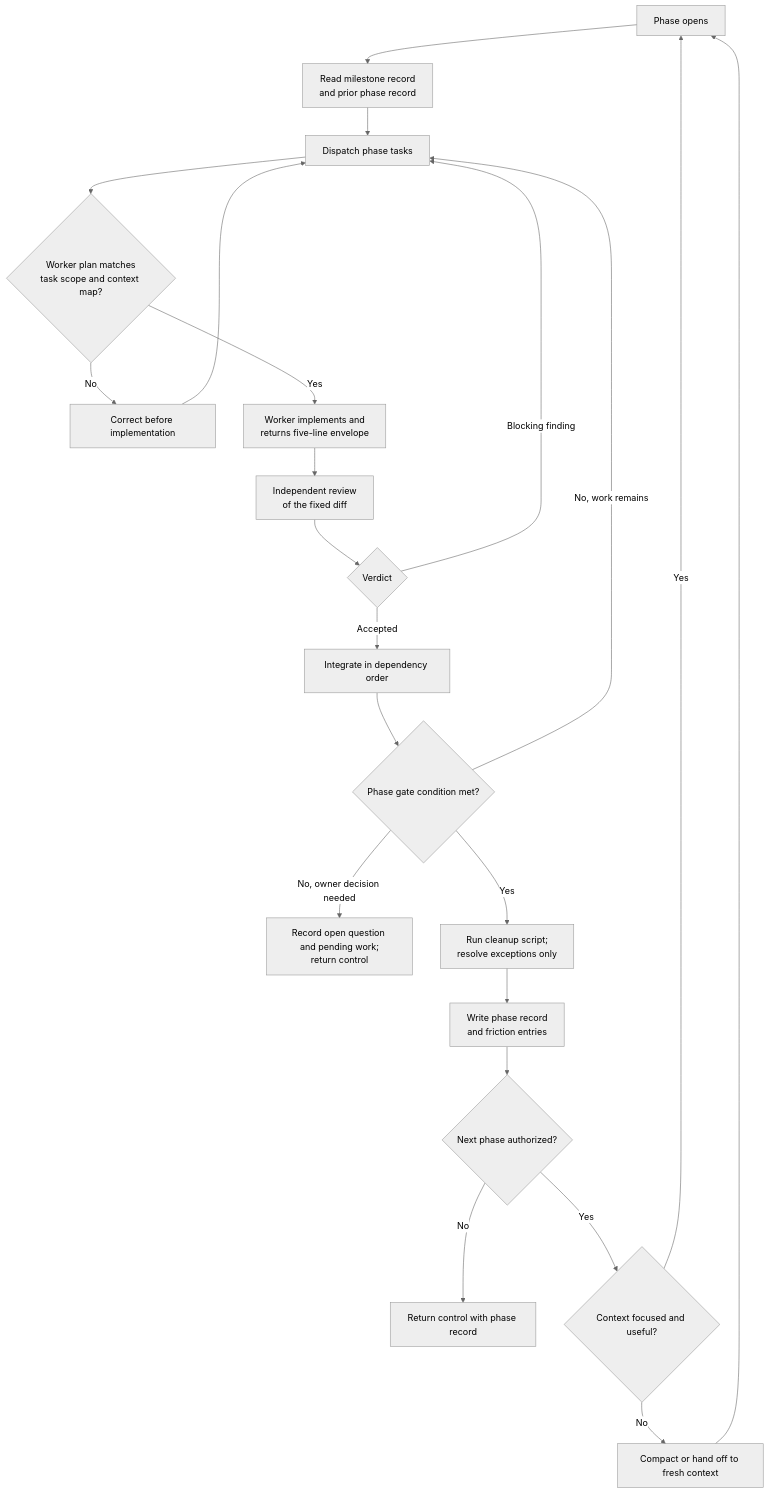
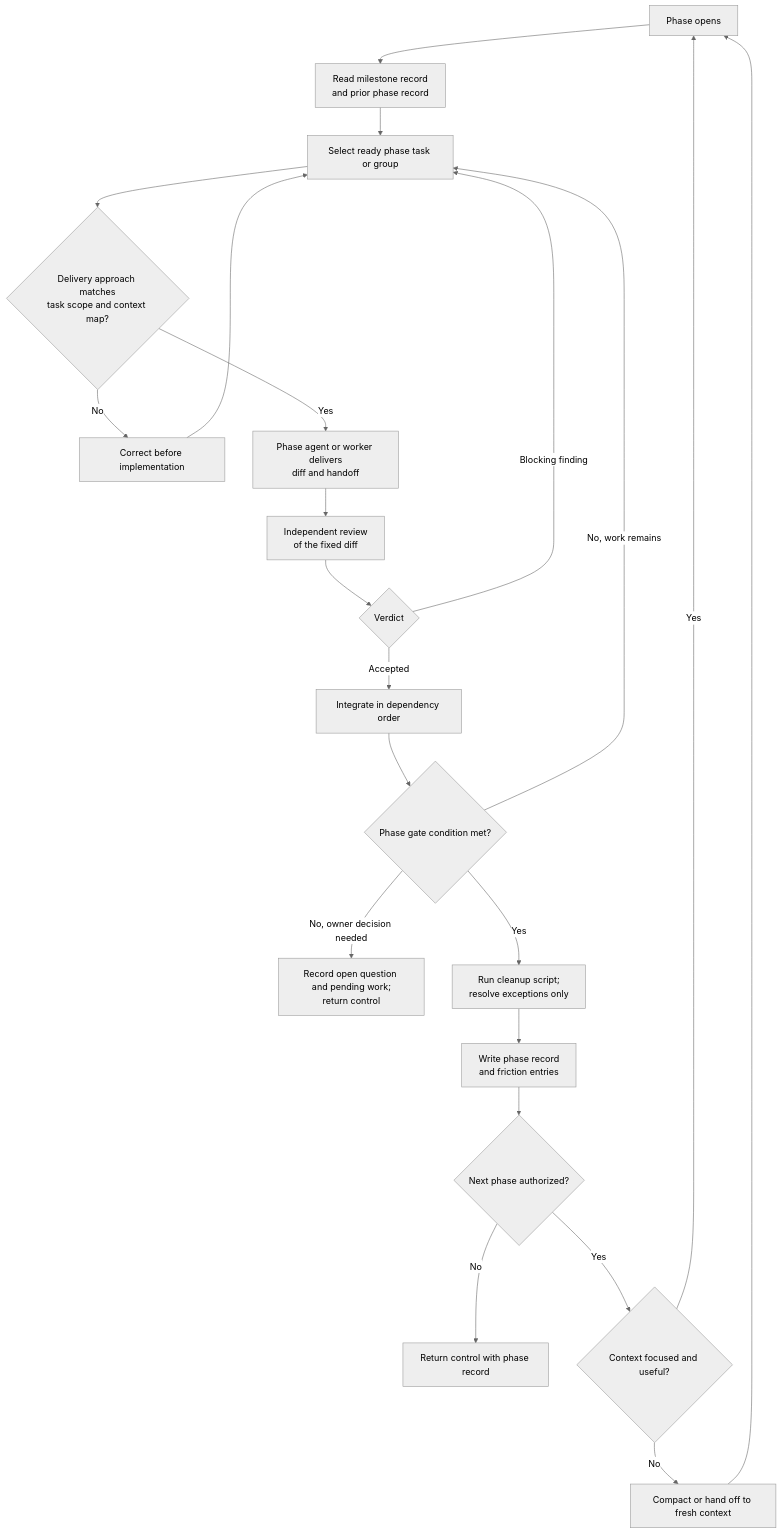
One commit to SwitchOCE/Switchflow changed the second of 3 diagrams in template/backlog/docs/doc-06 - Workflow-diagrams.md. Above: the diagram before and after it, drawn with Mermaid (neutral theme). The commit also changed other lines of this file and 13 other files, not shown here.

Commit message:
Refine phase delivery and validation guidance

````diff
--- a/template/backlog/docs/doc-06 - Workflow-diagrams.md
+++ b/template/backlog/docs/doc-06 - Workflow-diagrams.md
@@ -49,24 +49,24 @@
 ```mermaid
 flowchart TD
     S[Phase opens] --> R1[Read milestone record<br/>and prior phase record]
-    R1 --> DP[Dispatch phase tasks]
-    DP --> CK{Worker plan matches<br/>task scope and context map?}
+    R1 --> DP[Select ready phase task or group]
+    DP --> CK{Delivery approach matches<br/>task scope and context map?}
     CK -- No --> CR[Correct before implementation]
     CR --> DP
-    CK -- Yes --> IM[Worker implements and<br/>returns five-line envelope]
+    CK -- Yes --> IM[Phase agent or worker delivers<br/>diff and handoff]
     IM --> RV[Independent review<br/>of the fixed diff]
     RV --> AC{Verdict}
     AC -- Blocking finding --> DP
     AC -- Accepted --> IN[Integrate in dependency order]
     IN --> GT{Phase gate condition met?}
     GT -- No, work remains --> DP
     GT -- No, owner decision needed --> XQ[Record open question and pending work;<br/>return control]
     GT -- Yes --> CL[Run cleanup script;<br/>resolve exceptions only]
     CL --> WR[Write phase record<br/>and friction entries]
     WR --> AUTH{Next phase authorized?}
     AUTH -- No --> X[Return control with phase record]
     AUTH -- Yes --> CT{Context focused and useful?}
     CT -- Yes --> S
     CT -- No --> HC[Compact or hand off to fresh context]
     HC --> S
 ```
````
